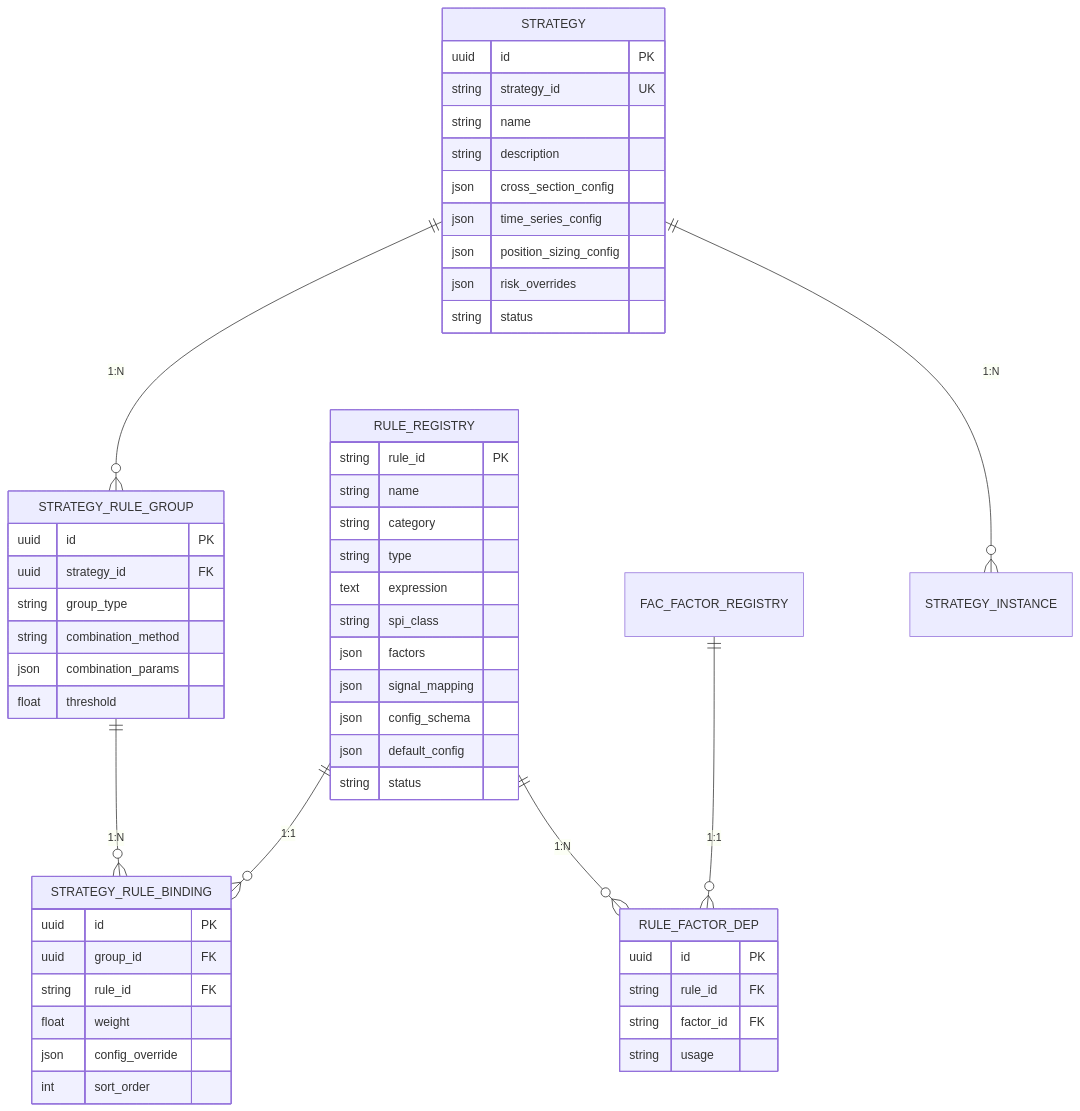
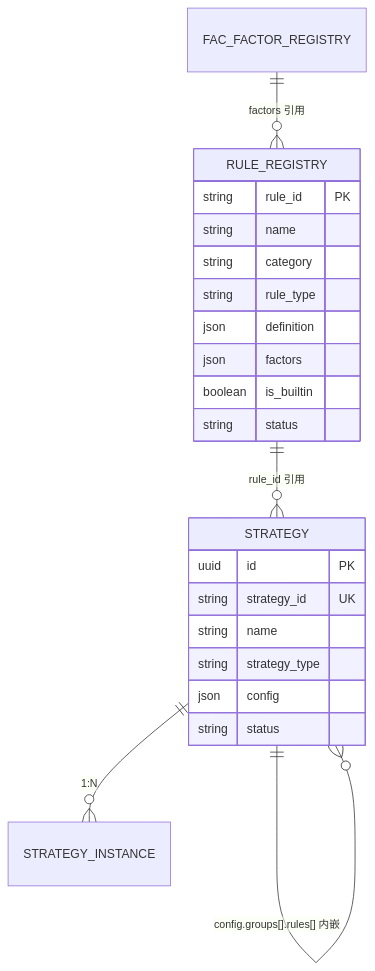
The sixth of 9 diagrams in docs/rule-strategy-design.md (bitiany/xq-trader), drawn with Mermaid before and after one commit. The commit also changed other lines of this file and 4 other files, not shown here.

````diff
--- a/docs/rule-strategy-design.md
+++ b/docs/rule-strategy-design.md
@@ -574,60 +592,27 @@
 ```mermaid
 erDiagram
-    STRATEGY ||--o{ STRATEGY_RULE_GROUP : "1:N"
-    STRATEGY_RULE_GROUP ||--o{ STRATEGY_RULE_BINDING : "1:N"
-    RULE_REGISTRY ||--o{ STRATEGY_RULE_BINDING : "1:1"
-    RULE_REGISTRY ||--o{ RULE_FACTOR_DEP : "1:N"
-    FAC_FACTOR_REGISTRY ||--o{ RULE_FACTOR_DEP : "1:1"
+    STRATEGY ||--o{ STRATEGY : "config.groups[].rules[] 内嵌"
+    RULE_REGISTRY ||--o{ STRATEGY : "rule_id 引用"
+    FAC_FACTOR_REGISTRY ||--o{ RULE_REGISTRY : "factors 引用"
     STRATEGY ||--o{ STRATEGY_INSTANCE : "1:N"
 
     STRATEGY {
         uuid id PK
         string strategy_id UK
         string name
-        string description
-        json cross_section_config
-        json time_series_config
-        json position_sizing_config
-        json risk_overrides
+        string strategy_type
+        json config
         string status
-    }
-
-    STRATEGY_RULE_GROUP {
-        uuid id PK
-        uuid strategy_id FK
-        string group_type
-        string combination_method
-        json combination_params
-        float threshold
-    }
-
-    STRATEGY_RULE_BINDING {
-        uuid id PK
-        uuid group_id FK
-        string rule_id FK
-        float weight
-        json config_override
-        int sort_order
     }
 
     RULE_REGISTRY {
         string rule_id PK
         string name
         string category
-        string type
-        text expression
-        string spi_class
+        string rule_type
+        json definition
         json factors
-        json signal_mapping
-        json config_schema
-        json default_config
+        boolean is_builtin
         string status
     }
-
-    RULE_FACTOR_DEP {
-        uuid id PK
-        string rule_id FK
-        string factor_id FK
-        string usage
-    }
 ```
````
